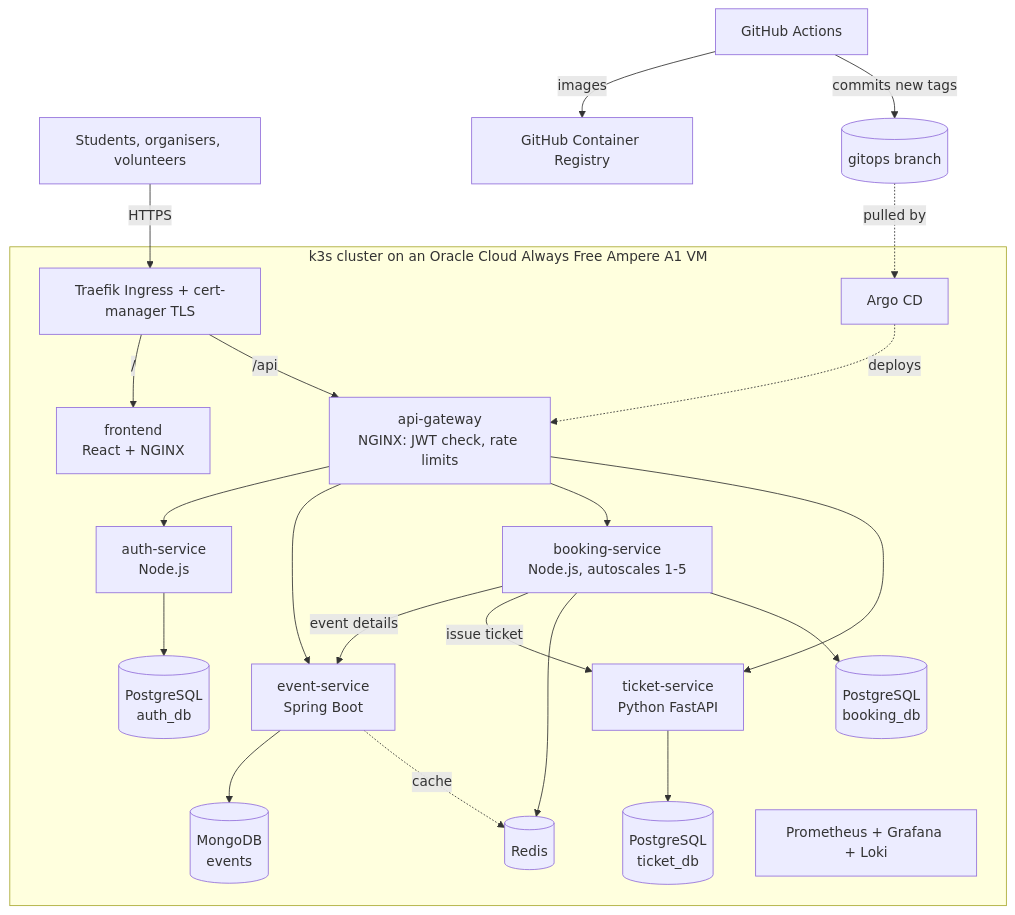
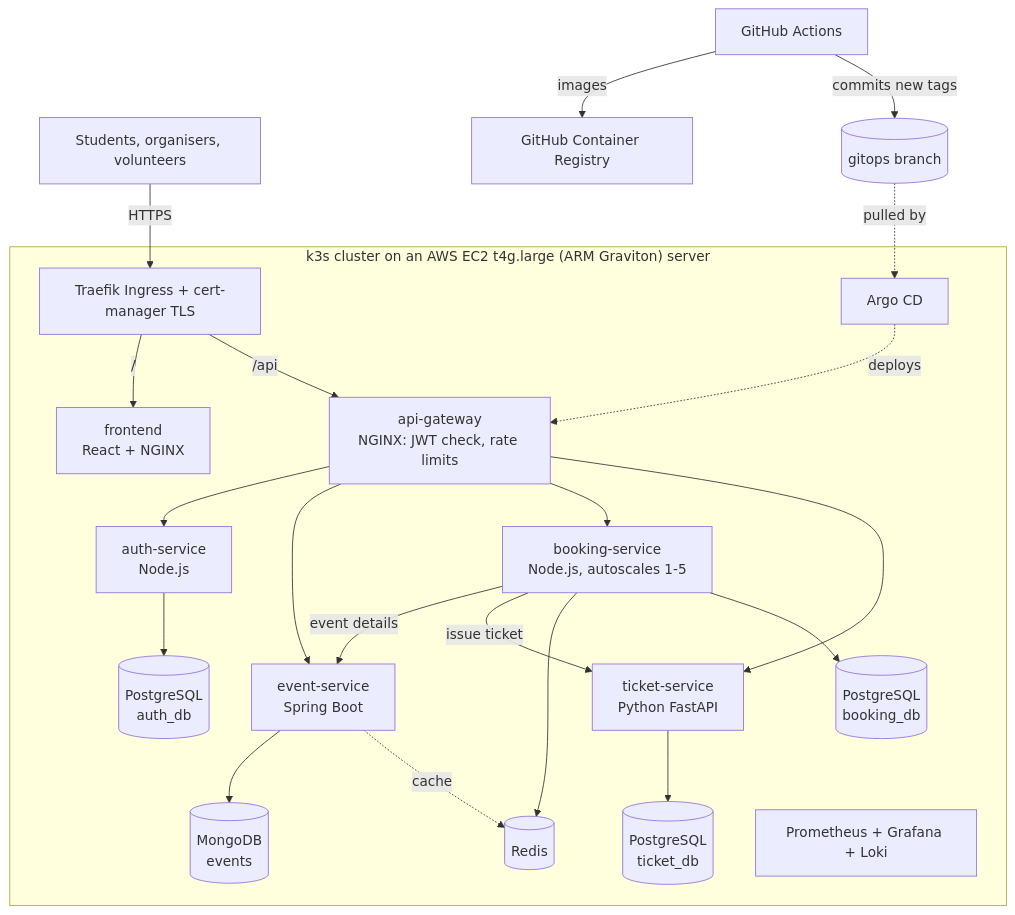
One commit to SnHr1707/campuspass changed the diagram in README.md. Above: the diagram before and after it, drawn with Mermaid. The commit also changed other lines of this file and 11 other files, not shown here.

Commit message:
Switch cloud deployment to AWS: EC2 Graviton server, Elastic IP and budget alert

````diff
--- a/README.md
+++ b/README.md
@@ -19,25 +19,25 @@
 ```mermaid
 flowchart TB
     U[Students, organisers, volunteers] -->|HTTPS| I[Traefik Ingress + cert-manager TLS]
-    subgraph k3s["k3s cluster on an Oracle Cloud Always Free Ampere A1 VM"]
+    subgraph k3s["k3s cluster on an AWS EC2 t4g.large (ARM Graviton) server"]
         I -->|/| FE[frontend<br/>React + NGINX]
         I -->|/api| GW[api-gateway<br/>NGINX: JWT check, rate limits]
         GW --> AUTH[auth-service<br/>Node.js]
         GW --> EV[event-service<br/>Spring Boot]
         GW --> BK[booking-service<br/>Node.js, autoscales 1-5]
         GW --> TK[ticket-service<br/>Python FastAPI]
         BK -->|event details| EV
         BK -->|issue ticket| TK
         AUTH --> PG1[(PostgreSQL<br/>auth_db)]
         EV --> MG[(MongoDB<br/>events)]
         EV -.cache.-> RD[(Redis)]
         BK --> RD
         BK --> PG2[(PostgreSQL<br/>booking_db)]
         TK --> PG3[(PostgreSQL<br/>ticket_db)]
         ARGO[Argo CD] -.deploys.-> GW
         MON[Prometheus + Grafana + Loki]
     end
     GH[GitHub Actions] -->|images| GHCR[GitHub Container Registry]
     GH -->|commits new tags| GIT[(gitops branch)]
     GIT -.pulled by.-> ARGO
 ```
````
